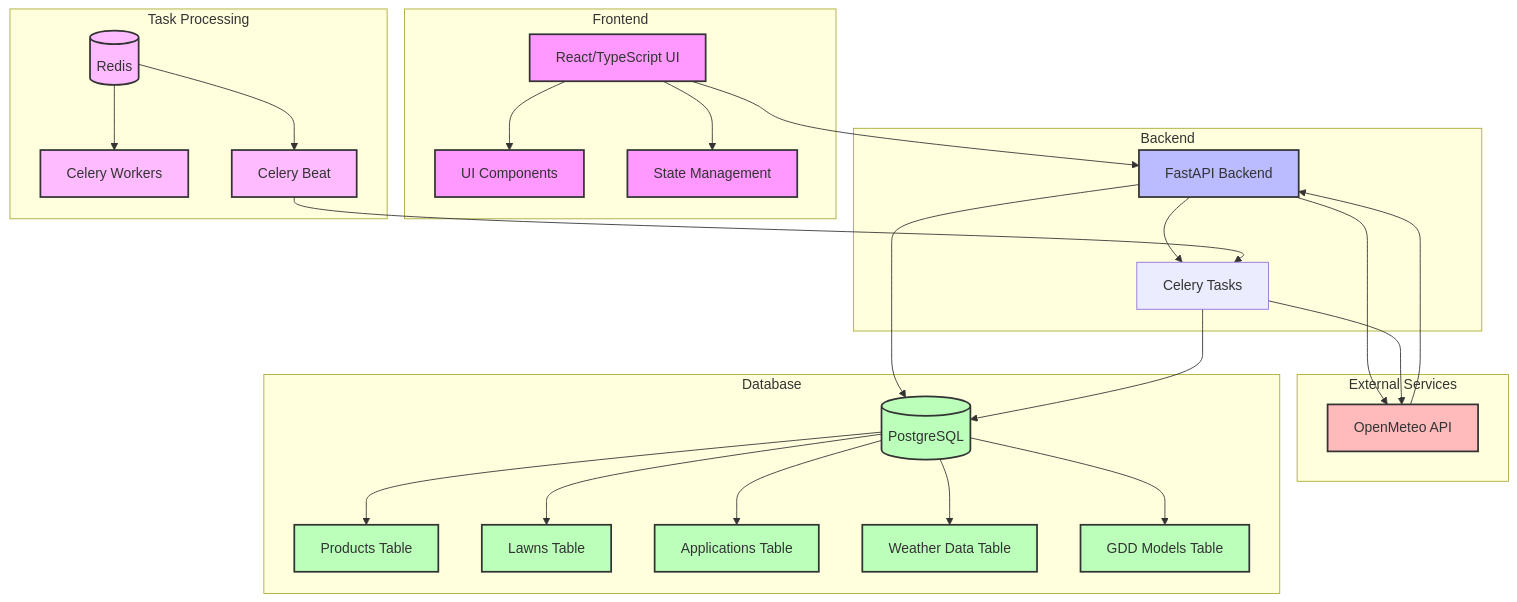
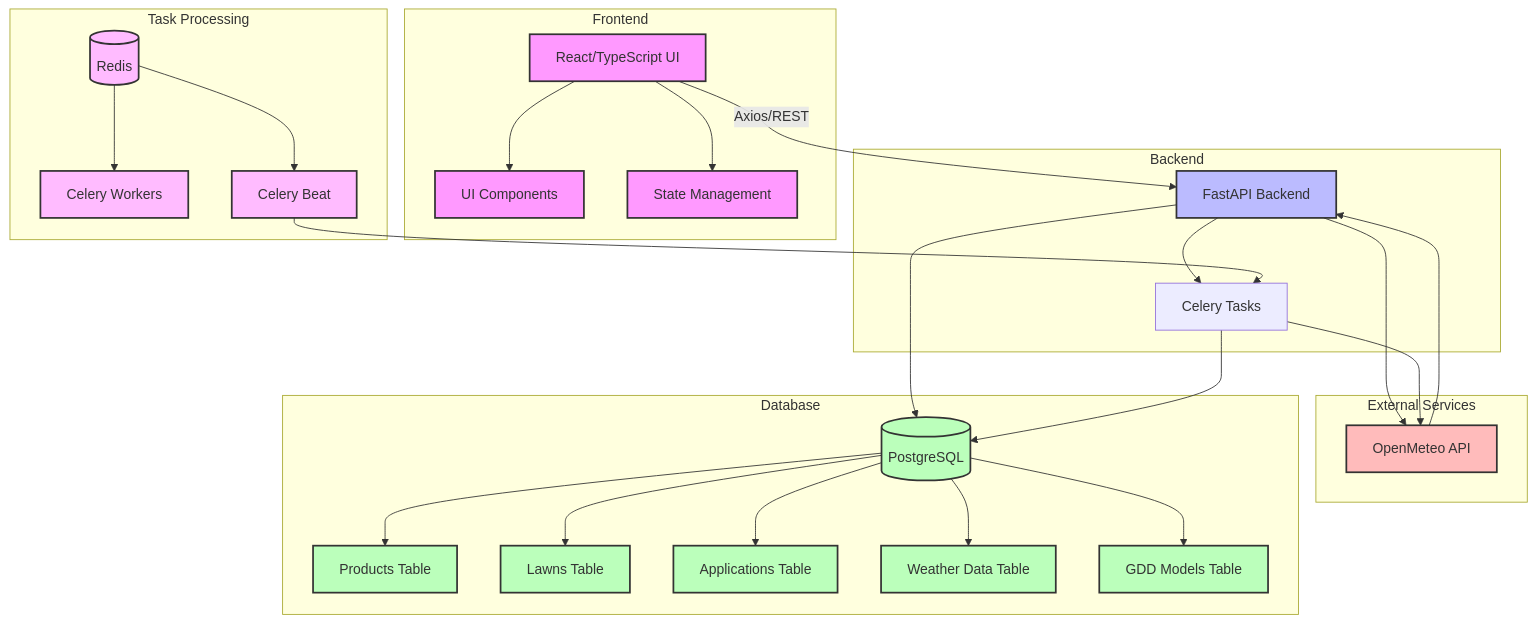
One commit to RunOnYourOwn/TurfTrack changed the diagram in docs/architecture.mermaid. Above: the diagram before and after it, drawn with Mermaid. The commit also changed 10 other files, not shown here.

```diff
--- a/docs/architecture.mermaid
+++ b/docs/architecture.mermaid
@@ -1,60 +1,60 @@
 graph TB
     subgraph Frontend
         UI[React/TypeScript UI]
         Components[UI Components]
         State[State Management]
         UI --> Components
         UI --> State
     end
 
     subgraph Backend
         API[FastAPI Backend]
         Tasks[Celery Tasks]
         API --> Tasks
     end
 
     subgraph External Services
         Weather[OpenMeteo API]
         Weather --> API
     end
 
     subgraph Database
         DB[(PostgreSQL)]
         Products[Products Table]
         Lawns[Lawns Table]
         Applications[Applications Table]
         WeatherData[Weather Data Table]
         GDDModels[GDD Models Table]
         DB --> Products
         DB --> Lawns
         DB --> Applications
         DB --> WeatherData
         DB --> GDDModels
     end
 
     subgraph Task Processing
         Redis[(Redis)]
         Celery[Celery Workers]
         Beat[Celery Beat]
         Redis --> Celery
         Redis --> Beat
     end
 
-    UI --> API
+    UI -- "Axios/REST" --> API
     API --> DB
     Tasks --> DB
     Beat --> Tasks
     API --> Weather
     Tasks --> Weather
 
     classDef frontend fill:#f9f,stroke:#333,stroke-width:2px
     classDef backend fill:#bbf,stroke:#333,stroke-width:2px
     classDef database fill:#bfb,stroke:#333,stroke-width:2px
     classDef external fill:#fbb,stroke:#333,stroke-width:2px
     classDef tasks fill:#fbf,stroke:#333,stroke-width:2px
 
     class UI,Components,State frontend
     class API backend
     class DB,Products,Lawns,Applications,WeatherData,GDDModels database
     class Weather external
     class Redis,Celery,Beat tasks
```
